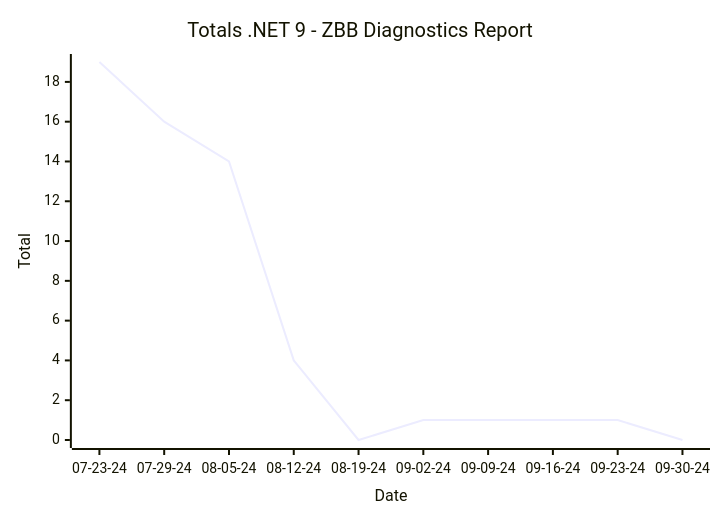
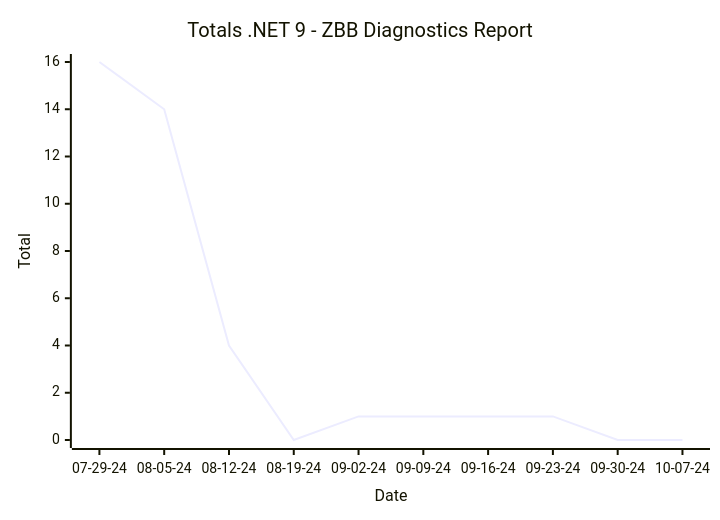
The second of 2 diagrams in reports/README.md (hoyosjs/gh-issue-tracker), drawn with Mermaid before and after one commit. The commit also changed other lines of this file and 4 other files, not shown here.

````diff
--- a/reports/README.md
+++ b/reports/README.md
@@ -24,7 +24,7 @@
 ```mermaid
 xychart-beta
   title "Totals .NET 9 - ZBB Diagnostics Report"
-  x-axis "Date" ["07-23-24", "07-29-24", "08-05-24", "08-12-24", "08-19-24", "09-02-24", "09-09-24", "09-16-24", "09-23-24", "09-30-24"]
+  x-axis "Date" ["07-29-24", "08-05-24", "08-12-24", "08-19-24", "09-02-24", "09-09-24", "09-16-24", "09-23-24", "09-30-24", "10-07-24"]
   y-axis "Total"
-  line [19, 16, 14, 4, 0, 1, 1, 1, 1, 0]
+  line [16, 14, 4, 0, 1, 1, 1, 1, 0, 0]
 ```
````
